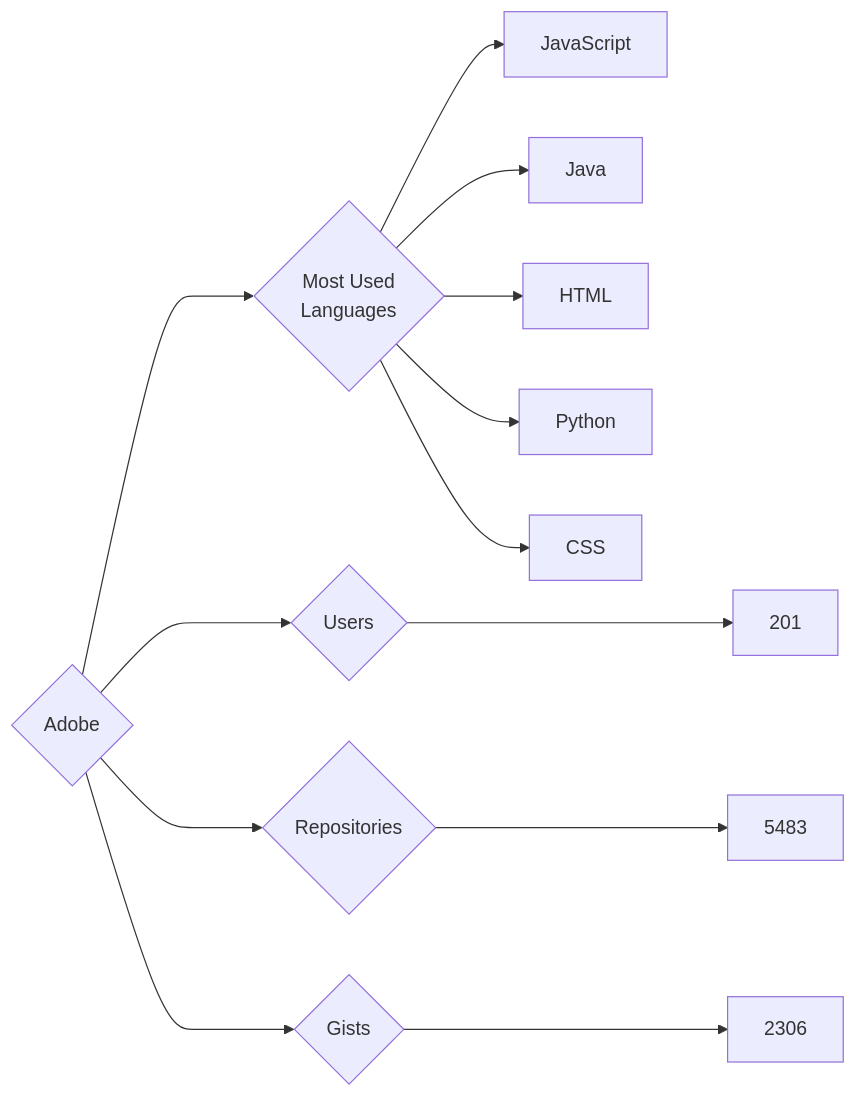
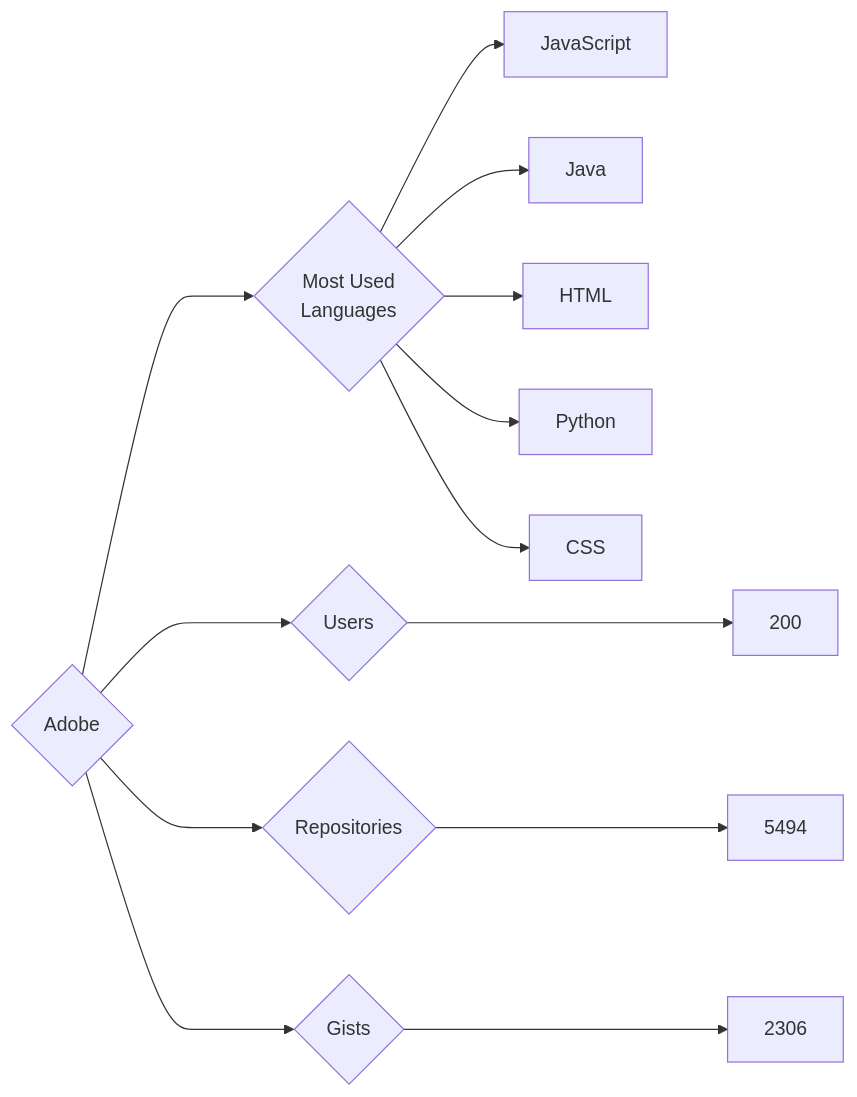
One commit to nenadzaric/insiders changed the diagram in targets/Adobe/README.md. Above: the diagram before and after it, drawn with Mermaid. The commit also changed 28 other files, not shown here.

````diff
--- a/targets/Adobe/README.md
+++ b/targets/Adobe/README.md
@@ -3,13 +3,13 @@
 ```mermaid
 graph LR
 COMPANY_NAME{Adobe}
-COMPANY_NAME ---> U{Users} ---> UN[201]
-COMPANY_NAME ---> R{Repositories} ---> RN[5483]
+COMPANY_NAME ---> U{Users} ---> UN[200]
+COMPANY_NAME ---> R{Repositories} ---> RN[5494]
 COMPANY_NAME ---> G{Gists} ---> GN[2306]
 COMPANY_NAME ---> ML{Most Used<br>Languages}
 ML --> JavaScript[JavaScript]
 ML --> Java[Java]
 ML --> HTML[HTML]
 ML --> Python[Python]
 ML --> CSS[CSS]
 ```
````
